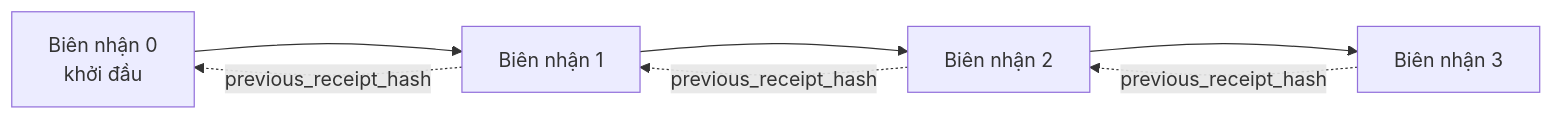
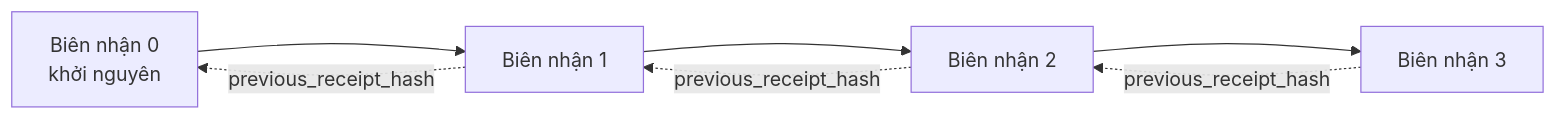
One commit to gabrielmoreira/agent-skills-mirror changed the second of 2 diagrams in mirrors/repos/microsoft@ai-agents-for-beginners/translations/vi/18-securing-ai-agents/README.md. Above: the diagram before and after it, drawn with Mermaid. The commit also changed other lines of this file and 2285 other files, not shown here.

````diff
--- a/mirrors/repos/microsoft@ai-agents-for-beginners/translations/vi/18-securing-ai-agents/README.md
+++ b/mirrors/repos/microsoft@ai-agents-for-beginners/translations/vi/18-securing-ai-agents/README.md
@@ -206,9 +206,9 @@
 ```mermaid
 flowchart LR
-    R0[Biên nhận 0<br/>khởi đầu] --> R1[Biên nhận 1]
+    R0[Biên nhận 0<br/>khởi nguyên] --> R1[Biên nhận 1]
     R1 --> R2[Biên nhận 2]
     R2 --> R3[Biên nhận 3]
     R1 -. previous_receipt_hash .-> R0
     R2 -. previous_receipt_hash .-> R1
     R3 -. previous_receipt_hash .-> R2
 ```
````
